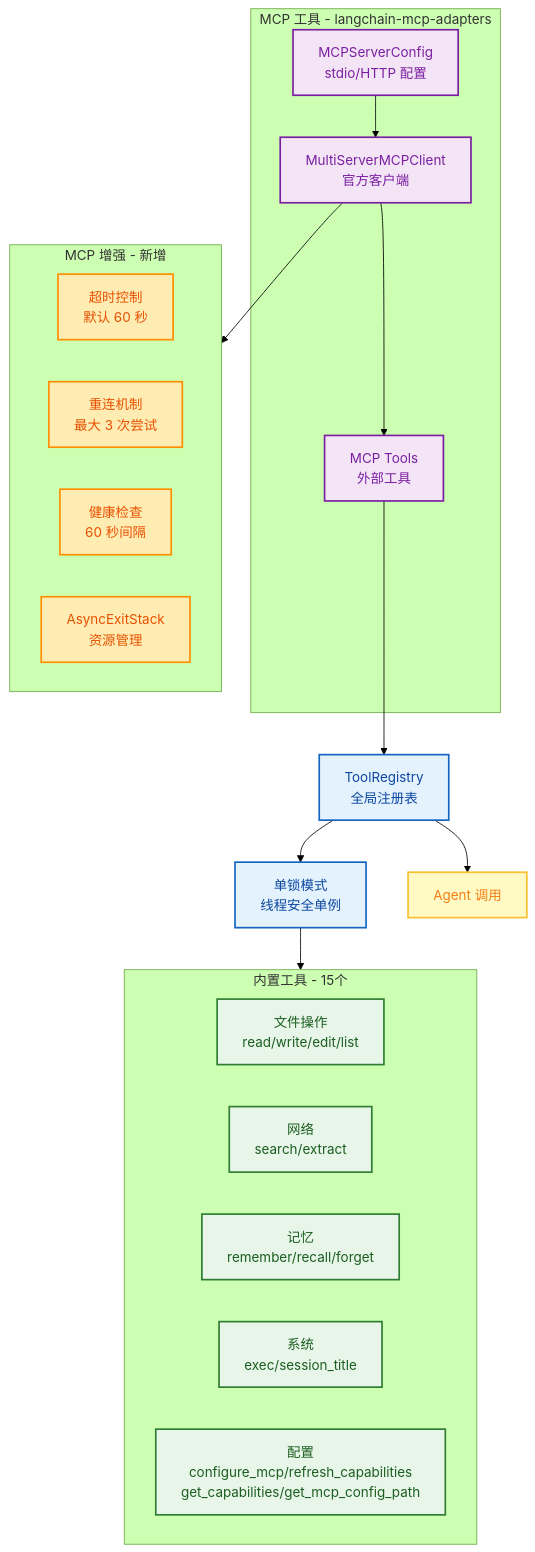
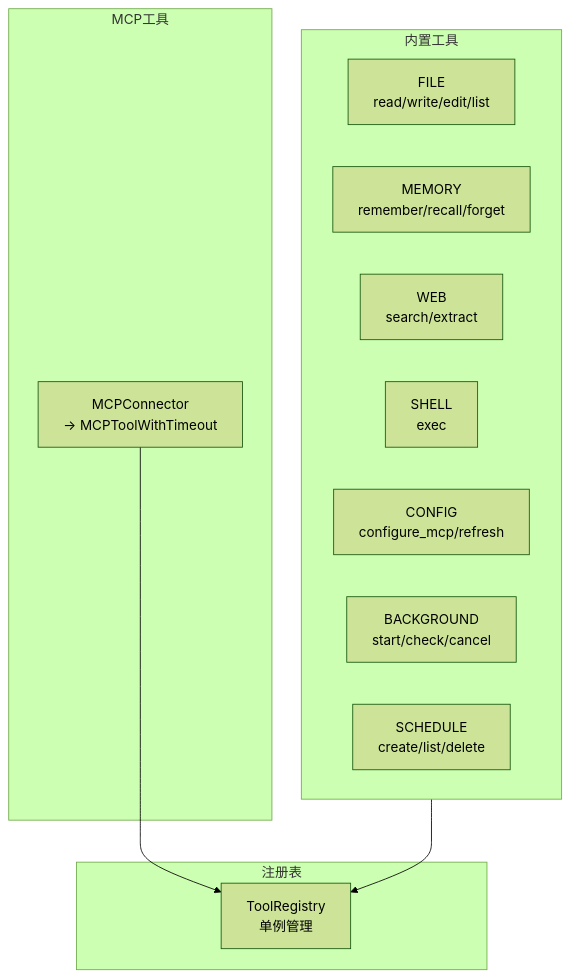
One commit to zhangjingyuan177-hue/FinchBot changed the fourth of 20 diagrams in docs/zh-CN/architecture.md. Above: the diagram before and after it, drawn with Mermaid (forest theme). The commit also changed other lines of this file and 54 other files, not shown here.

````diff
--- a/docs/zh-CN/architecture.md
+++ b/docs/zh-CN/architecture.md
@@ -442,40 +480,23 @@
 ```mermaid
 flowchart TB
-    classDef registry fill:#e3f2fd,stroke:#1565c0,stroke-width:2px,color:#0d47a1;
-    classDef builtin fill:#e8f5e9,stroke:#2e7d32,stroke-width:2px,color:#1b5e20;
-    classDef mcp fill:#f3e5f5,stroke:#7b1fa2,stroke-width:2px,color:#7b1fa2;
-    classDef agent fill:#fff9c4,stroke:#fbc02d,stroke-width:2px,color:#f57f17;
-    classDef enhance fill:#ffecb3,stroke:#ff8f00,stroke-width:2px,color:#e65100;
-
-    TR[ToolRegistry<br/>全局注册表]:::registry
-    Lock[单锁模式<br/>线程安全单例]:::registry
-
-    subgraph BuiltIn [内置工具 - 15个]
-        File[文件操作<br/>read/write/edit/list]:::builtin
-        Web[网络<br/>search/extract]:::builtin
-        Memory[记忆<br/>remember/recall/forget]:::builtin
-        System[系统<br/>exec/session_title]:::builtin
-        Config[配置<br/>configure_mcp/refresh_capabilities<br/>get_capabilities/get_mcp_config_path]:::builtin
+    subgraph 内置工具
+        FILE["FILE<br/>read/write/edit/list"]
+        MEMORY["MEMORY<br/>remember/recall/forget"]
+        WEB["WEB<br/>search/extract"]
+        SHELL["SHELL<br/>exec"]
+        CONFIG["CONFIG<br/>configure_mcp/refresh"]
+        BG["BACKGROUND<br/>start/check/cancel"]
+        SCHED["SCHEDULE<br/>create/list/delete"]
     end
-
-    subgraph MCP [MCP 工具 - langchain-mcp-adapters]
-        MCPConfig[MCPServerConfig<br/>stdio/HTTP 配置]:::mcp
-        MCPClient[MultiServerMCPClient<br/>官方客户端]:::mcp
-        MCPTools[MCP Tools<br/>外部工具]:::mcp
+    
+    subgraph MCP工具
+        MCP["MCPConnector<br/>→ MCPToolWithTimeout"]
     end
-
-    subgraph Enhancements [MCP 增强 - 新增]
-        Timeout[超时控制<br/>默认 60 秒]:::enhance
-        Reconnect[重连机制<br/>最大 3 次尝试]:::enhance
-        HealthCheck[健康检查<br/>60 秒间隔]:::enhance
-        ExitStack[AsyncExitStack<br/>资源管理]:::enhance
+    
+    subgraph 注册表
+        TR["ToolRegistry<br/>单例管理"]
     end
-
-    Agent[Agent 调用]:::agent
-
-    TR --> Lock
-    Lock --> BuiltIn
-    MCPConfig --> MCPClient --> MCPTools --> TR
-    MCPClient --> Enhancements
-    TR --> Agent
+    
+    内置工具 --> TR
+    MCP --> TR
 ```
````
